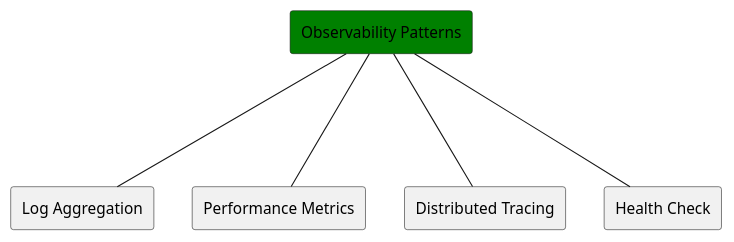
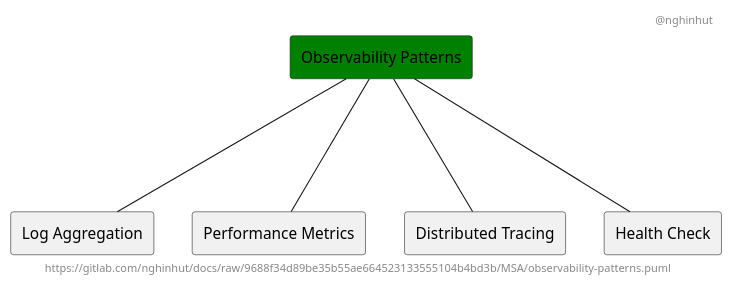
Before and after one commit to nghinhut/docs: the diagram in MSA/observability-patterns.puml, drawn with PlantUML. The commit also changed 18 other files, not shown here.

Commit message:
Update diagrams

```diff
--- a/MSA/observability-patterns.puml
+++ b/MSA/observability-patterns.puml
@@ -1,15 +1,19 @@
 @startuml
-'-----BEGIN HEADER-----
-'-----END HEADER-----
+'-----START auto generated metadata please keep comment here to allow auto update-----
+'-----DON'T EDIT THIS SECTION, INSTEAD RE-RUN prebuild.sh TO UPDATE-----
+header @nghinhut
+footer https://gitlab.com/nghinhut/docs/raw/9688f34d89be35b55ae664523133555104b4bd3b/MSA/observability-patterns.puml
+'-----END auto generated metadata please keep comment here to allow auto update-----
+
 
 rectangle "Observability Patterns" as Observability #green
 
 rectangle "Log Aggregation" as ObservabilityP1
 rectangle "Performance Metrics" as ObservabilityP2
 rectangle "Distributed Tracing" as ObservabilityP3
 rectangle "Health Check" as ObservabilityP4
 Observability --- ObservabilityP1
 Observability --- ObservabilityP2
 Observability --- ObservabilityP3
 Observability --- ObservabilityP4
 @enduml
```
